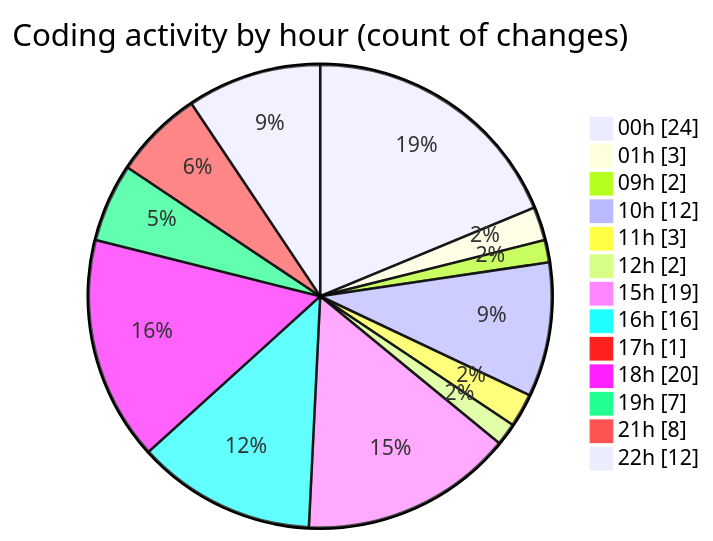
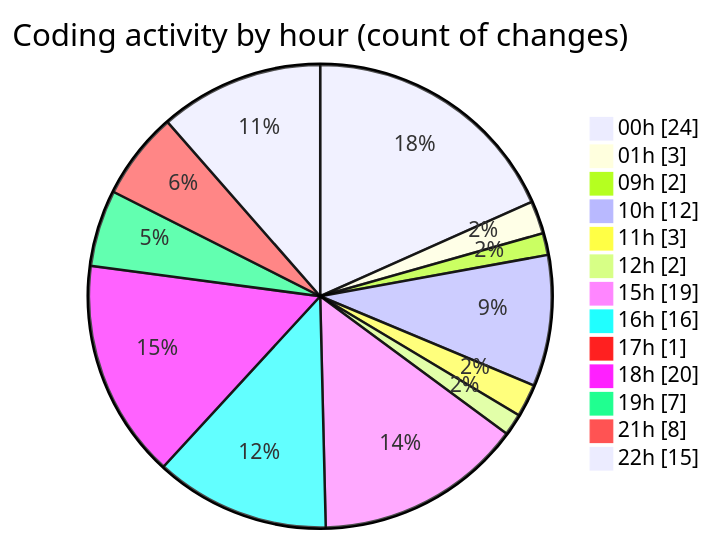
The second of 2 diagrams in 2025-11-24/eventscop-frontend-guide__workspace_/README.md (julien-gomy/code-tracking), drawn with Mermaid before and after one commit. The commit also changed other lines of this file and 1 other file, not shown here.

````diff
--- a/2025-11-24/eventscop-frontend-guide__workspace_/README.md
+++ b/2025-11-24/eventscop-frontend-guide__workspace_/README.md
@@ -56,17 +58,17 @@
 ```mermaid
 pie showData
 title Coding activity by hour (count of changes)
 "00h" : 24
 "01h" : 3
 "09h" : 2
 "10h" : 12
 "11h" : 3
 "12h" : 2
 "15h" : 19
 "16h" : 16
 "17h" : 1
 "18h" : 20
 "19h" : 7
 "21h" : 8
-"22h" : 12
+"22h" : 15
 ```
````
